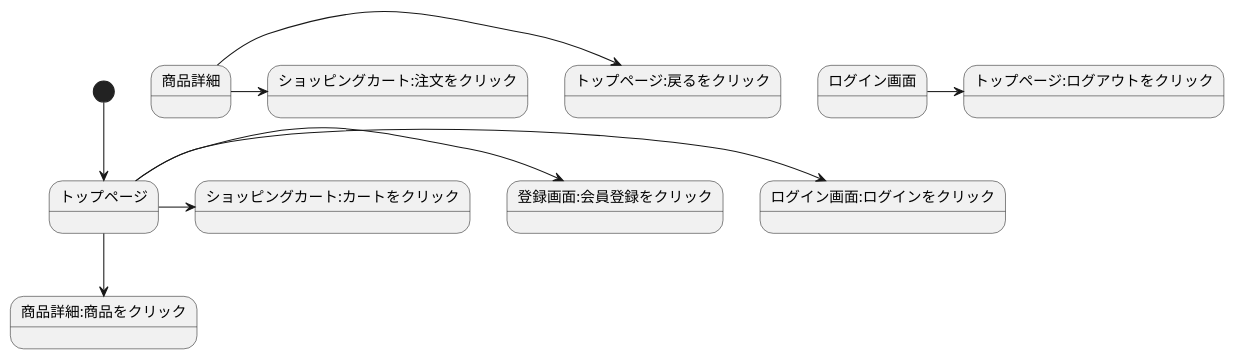
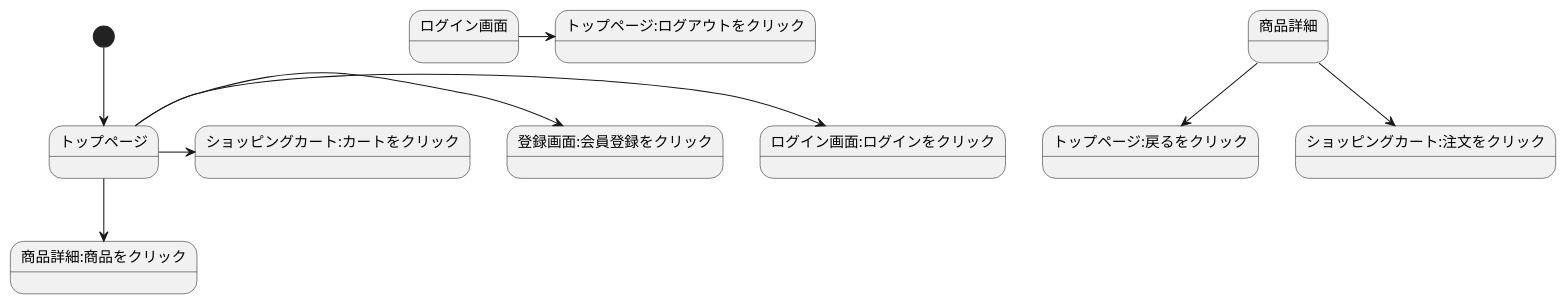
Before and after one commit to Aso2001409/2021sys-design: the diagram in gamen.md, drawn with PlantUML.

````diff
--- a/gamen.md
+++ b/gamen.md
@@ -1,12 +1,12 @@
 ```uml
 @startuml
 [*]-->トップページ
 トップページ-->商品詳細:商品をクリック
 トップページ->ログイン画面:ログインをクリック
 トップページ->登録画面:会員登録をクリック
 トップページ->ショッピングカート:カートをクリック
-商品詳細->トップページ:戻るをクリック
-商品詳細->ショッピングカート:注文をクリック
+商品詳細-->トップページ:戻るをクリック
+商品詳細-->ショッピングカート:注文をクリック
 ログイン画面->トップページ:ログアウトをクリック
 @enduml
 ```
````
